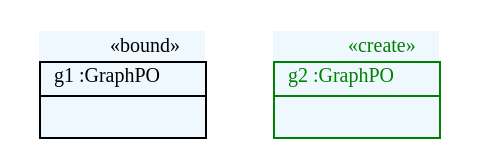
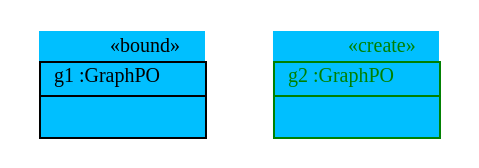
The diagram in doc/simpleMigrationPerPattern_migrateGraph.dot (fujaba/SDMLib), drawn with Graphviz before and after one commit. The commit also changed 89 other files, not shown here.

Commit message:
Trace Debugging for Patterns. Many fixes for nested subpatterns. Icons in object diagram dumps.

```diff
--- a/doc/simpleMigrationPerPattern_migrateGraph.dot
+++ b/doc/simpleMigrationPerPattern_migrateGraph.dot
@@ -1,8 +1,8 @@
 graph ObjectDiagram {
    node [shape = none, fontsize = 10];
    edge [fontsize = 10];
 
-g1 [label=<<table border='0' cellborder='1' cellspacing='0' color='black' bgcolor='aliceblue'> <tr> <td border='0' align='right'><font color='black'>&laquo;bound&raquo;</font></td></tr> <tr> <td align='center'> <font color='black'> g1 :GraphPO </font></td></tr> <tr> <td align='left'> <table border='0' cellborder='0' cellspacing='0' color='black'> <tr> <td>  </td></tr></table></td></tr></table>>];
-g2 [label=<<table border='0' cellborder='1' cellspacing='0' color='green' bgcolor='aliceblue'> <tr> <td border='0' align='right'><font color='green'>&laquo;create&raquo;</font></td></tr> <tr> <td align='center'> <font color='green'> g2 :GraphPO </font></td></tr> <tr> <td align='left'> <table border='0' cellborder='0' cellspacing='0' color='green'> <tr> <td>  </td></tr></table></td></tr></table>>];
+g1 [label=<<table border='0' cellborder='1' cellspacing='0' color='black' bgcolor='deepskyblue'> <tr> <td border='0' align='right'><font color='black'>&#171;bound&#187;</font></td></tr> <tr> <td align='center'> <font color='black'> g1 :GraphPO </font></td></tr> <tr> <td align='left'> <table border='0' cellborder='0' cellspacing='0' color='black'> <tr> <td>  </td></tr></table></td></tr></table>>];
+g2 [label=<<table border='0' cellborder='1' cellspacing='0' color='green' bgcolor='deepskyblue'> <tr> <td border='0' align='right'><font color='green'>&#171;create&#187;</font></td></tr> <tr> <td align='center'> <font color='green'> g2 :GraphPO </font></td></tr> <tr> <td align='left'> <table border='0' cellborder='0' cellspacing='0' color='green'> <tr> <td>  </td></tr></table></td></tr></table>>];
 
 }
```
